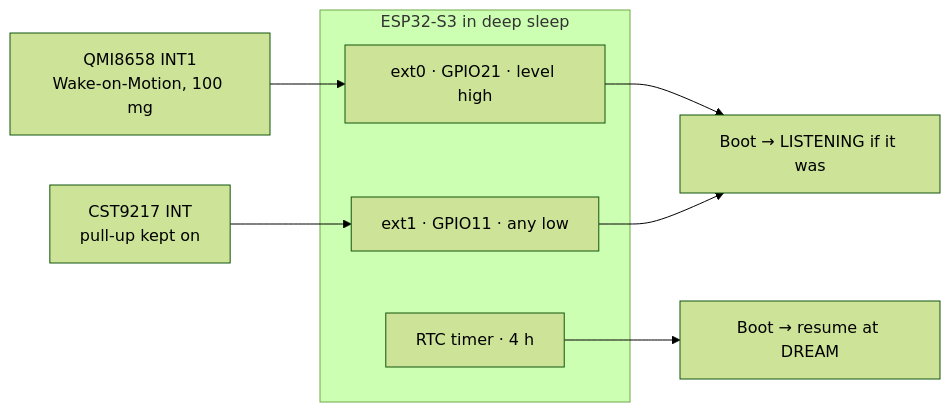
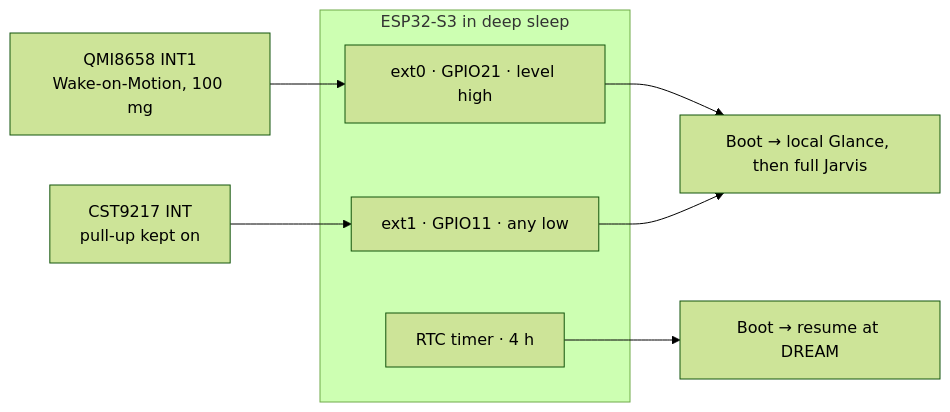
The first of 4 diagrams in docs/HARDWARE.md (PascalAI2024/JarvisNano), drawn with Mermaid (forest theme) before and after one commit. The commit also changed other lines of this file and 38 other files, not shown here.

````diff
--- a/docs/HARDWARE.md
+++ b/docs/HARDWARE.md
@@ -73,13 +75,13 @@
 ```mermaid
 flowchart LR
     subgraph S3[ESP32-S3 in deep sleep]
         EXT0[ext0 · GPIO21 · level high]
         EXT1[ext1 · GPIO11 · any low]
         TMR[RTC timer · 4 h]
     end
     IMU[QMI8658 INT1<br/>Wake-on-Motion, 100 mg] --> EXT0
     TP[CST9217 INT<br/>pull-up kept on] --> EXT1
-    EXT0 --> Boot[Boot → LISTENING if it was]
+    EXT0 --> Boot[Boot → local Glance, then full Jarvis]
     EXT1 --> Boot
     TMR --> Rest[Boot → resume at DREAM]
 ```
````
